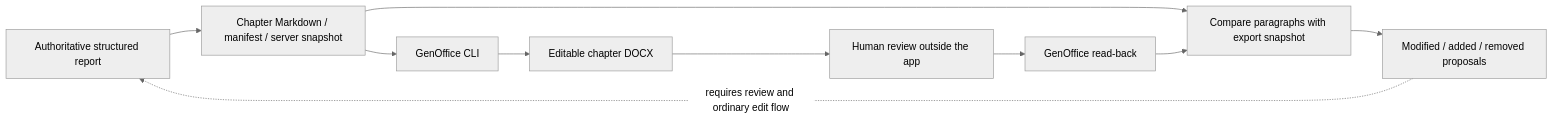
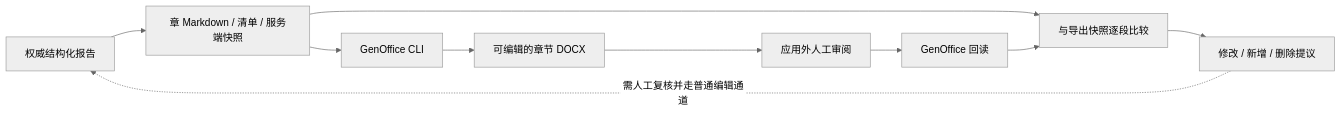
One commit to 18zxh/ESG-Disclosure-Tool changed the fourth of 4 diagrams in README.md. Above: the diagram before and after it, drawn with Mermaid (neutral theme). The commit also changed other lines of this file and 2 other files, not shown here.

````diff
--- a/README.md
+++ b/README.md
@@ -177,12 +166,12 @@
 ```mermaid
 flowchart LR
-  STATE["Authoritative structured report"] --> SNAP["Chapter Markdown / manifest / server snapshot"]
+  STATE["权威结构化报告"] --> SNAP["章 Markdown / 清单 / 服务端快照"]
   SNAP --> GEN["GenOffice CLI"]
-  GEN --> DOCX["Editable chapter DOCX"]
-  DOCX --> REVIEW["Human review outside the app"]
-  REVIEW --> READ["GenOffice read-back"]
-  SNAP --> DIFF["Compare paragraphs with export snapshot"]
+  GEN --> DOCX["可编辑的章节 DOCX"]
+  DOCX --> REVIEW["应用外人工审阅"]
+  REVIEW --> READ["GenOffice 回读"]
+  SNAP --> DIFF["与导出快照逐段比较"]
   READ --> DIFF
-  DIFF --> PROPOSAL["Modified / added / removed proposals"]
-  PROPOSAL -. requires review and ordinary edit flow .-> STATE
+  DIFF --> PROPOSAL["修改 / 新增 / 删除提议"]
+  PROPOSAL -. 需人工复核并走普通编辑通道 .-> STATE
 ```
````
